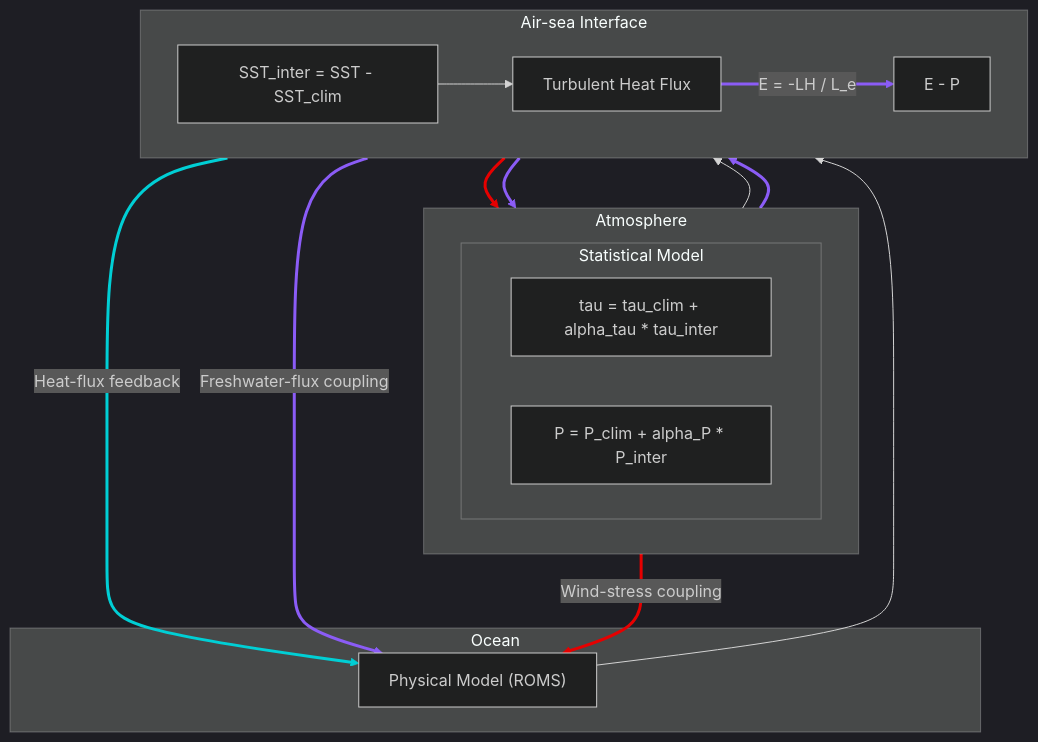
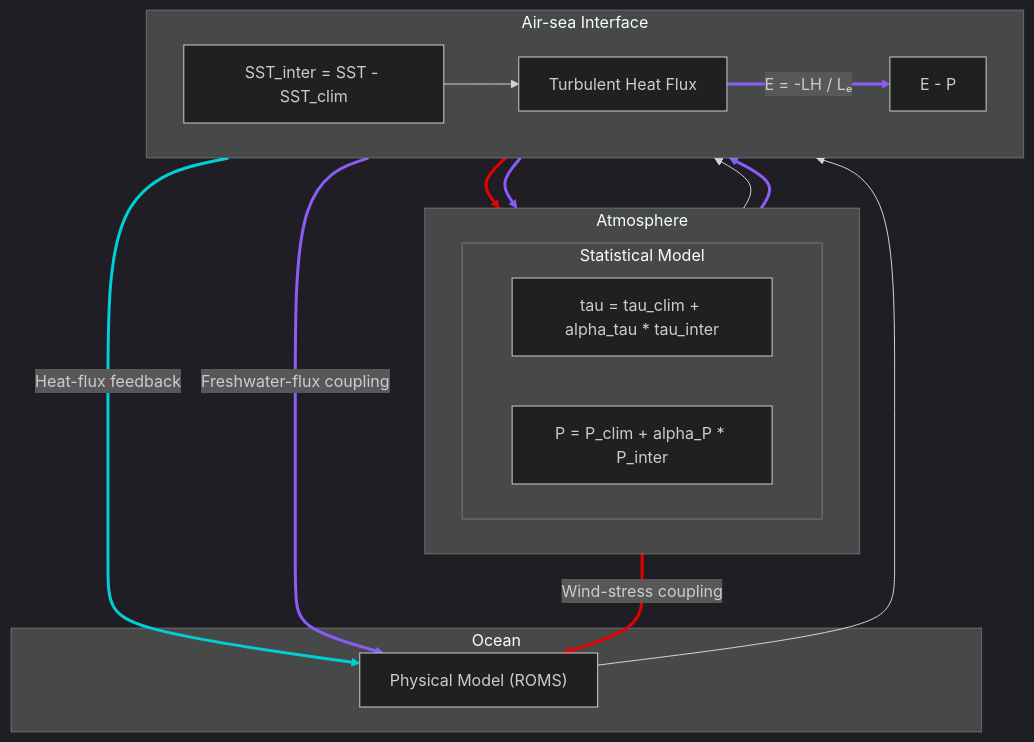
The diagram in README.md (yangyu-climate/HCM_ROMS), drawn with Mermaid (dark theme) before and after one commit.

Commit message:
Fix evaporation label subscript

````diff
--- a/README.md
+++ b/README.md
@@ -19,37 +19,37 @@
 ```mermaid
 flowchart TB
     subgraph ATM["Atmosphere"]
         direction LR
         subgraph STAT["Statistical Model"]
             direction LR
             TAU["tau = tau_clim + alpha_tau * tau_inter"]
             PRECIP["P = P_clim + alpha_P * P_inter"]
         end
     end
 
     subgraph ASI["Air-sea Interface"]
         direction LR
         BULK["Turbulent Heat Flux"]
         SST["SST_inter = SST - SST_clim"]
         EMP["E - P"]
     end
 
     subgraph OCEAN["Ocean"]
         ROMS["Physical Model (ROMS)"]
     end
 
     ROMS --> SST
     SST --> TAU
     TAU -->|"Wind-stress coupling"| ROMS
     TAU --> BULK
     SST --> BULK
     BULK -->|"Heat-flux feedback"| ROMS
-    BULK -->|"E = -LH / L_e"| EMP
+    BULK -->|"E = -LH / Lₑ"| EMP
     SST --> PRECIP
     PRECIP --> EMP
     EMP -->|"Freshwater-flux coupling"| ROMS
 
     linkStyle 1,2 stroke:#e60000,stroke-width:3px
     linkStyle 5 stroke:#00cfd5,stroke-width:3px
     linkStyle 6,7,8,9 stroke:#8b5cf6,stroke-width:3px
 ```
````
